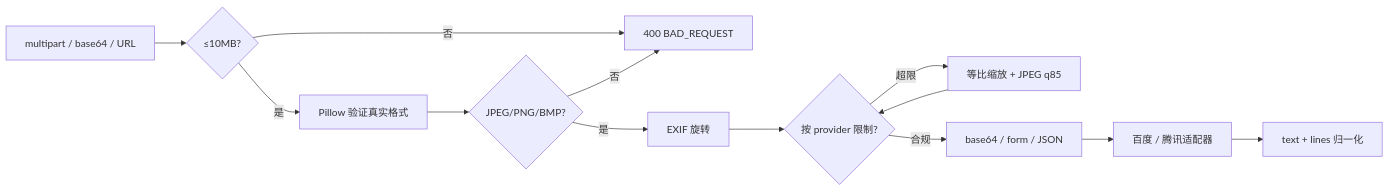
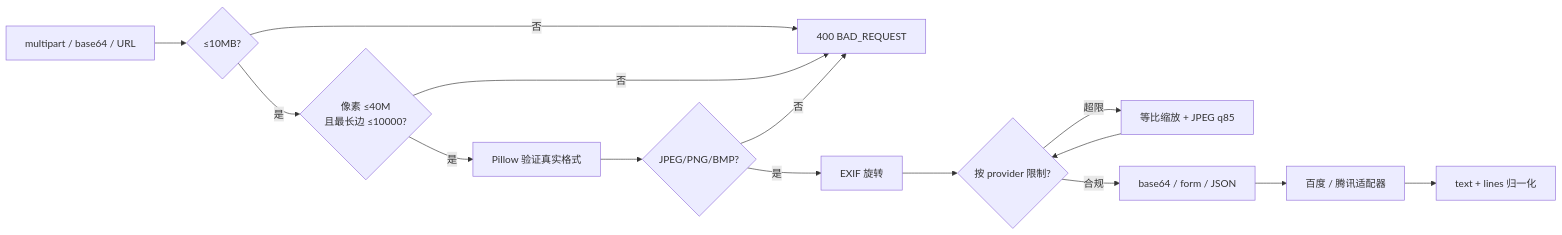
Before and after one commit to halfaradish/OCR-Gateway: the fourth of 5 diagrams in openspec/changes/ocr-gateway-mvp/design.md, drawn with Mermaid. The commit also changed other lines of this file and 9 other files, not shown here.

````diff
--- a/openspec/changes/ocr-gateway-mvp/design.md
+++ b/openspec/changes/ocr-gateway-mvp/design.md
@@ -136,15 +136,17 @@
 ```mermaid
 flowchart LR
     IN[multipart / base64 / URL] --> SIZE{≤10MB?}
     SIZE -- 否 --> E400[400 BAD_REQUEST]
-    SIZE -- 是 --> VER[Pillow 验证真实格式]
+    SIZE -- 是 --> PIXEL{像素 ≤40M<br/>且最长边 ≤10000?}
+    PIXEL -- 否 --> E400
+    PIXEL -- 是 --> VER[Pillow 验证真实格式]
     VER --> FMT{JPEG/PNG/BMP?}
     FMT -- 否 --> E400
     FMT -- 是 --> EXIF[EXIF 旋转]
     EXIF --> LIM{按 provider 限制?}
     LIM -- 超限 --> RESIZE[等比缩放 + JPEG q85]
     RESIZE --> LIM
     LIM -- 合规 --> ENC[base64 / form / JSON]
     ENC --> ADP[百度 / 腾讯适配器]
     ADP --> NORM[text + lines 归一化]
 ```
````
